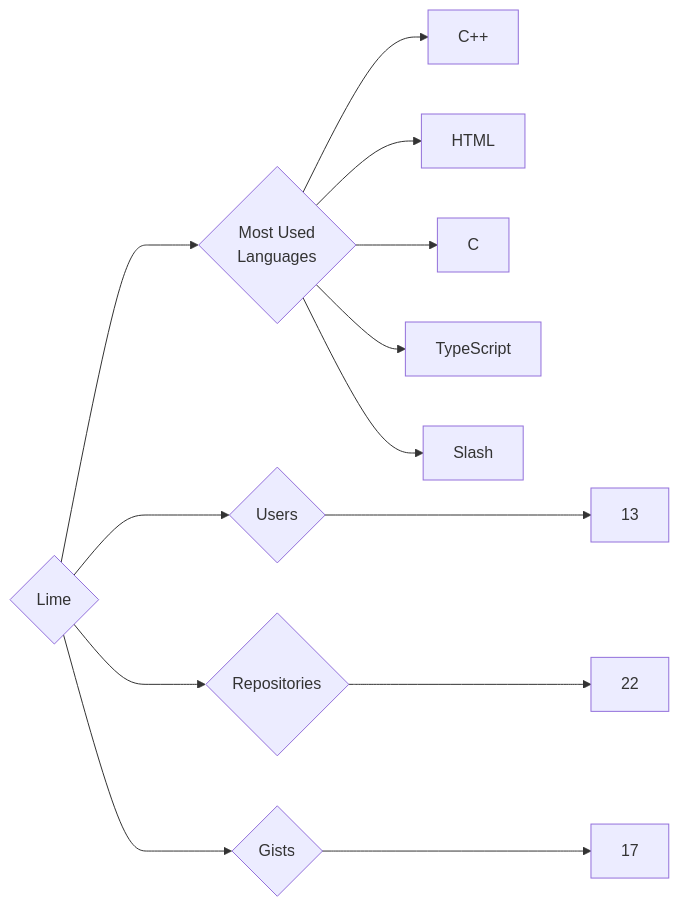
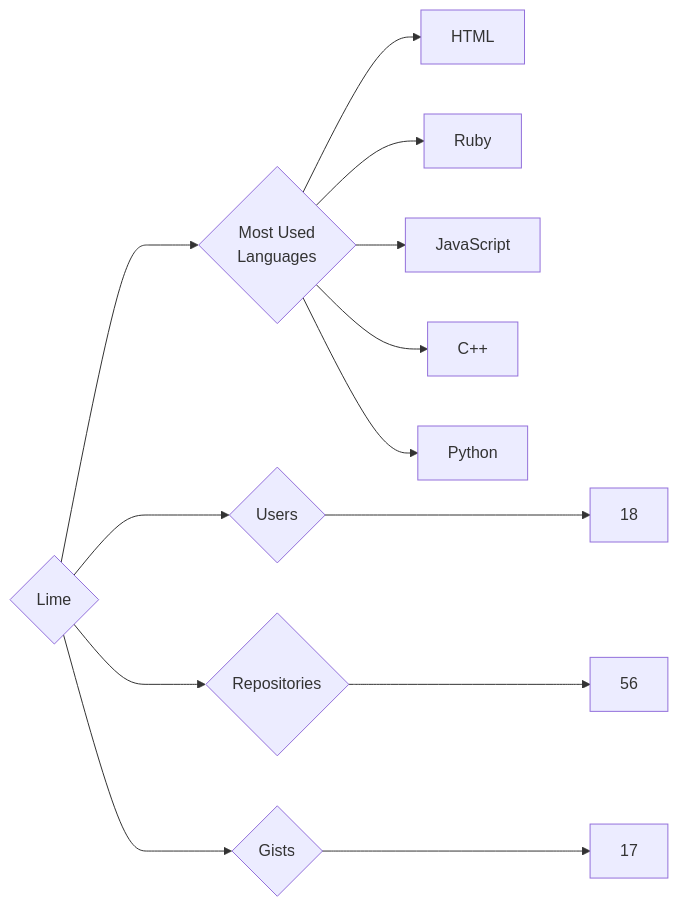
The diagram in targets/Lime/README.md (trickest/insiders), drawn with Mermaid before and after one commit. The commit also changed 930 other files, not shown here.

````diff
--- a/targets/Lime/README.md
+++ b/targets/Lime/README.md
@@ -3,13 +3,13 @@
 ```mermaid
 graph LR
 COMPANY_NAME{Lime}
-COMPANY_NAME ---> U{Users} ---> UN[13]
-COMPANY_NAME ---> R{Repositories} ---> RN[22]
+COMPANY_NAME ---> U{Users} ---> UN[18]
+COMPANY_NAME ---> R{Repositories} ---> RN[56]
 COMPANY_NAME ---> G{Gists} ---> GN[17]
 COMPANY_NAME ---> ML{Most Used<br>Languages}
+ML --> HTML[HTML]
+ML --> Ruby[Ruby]
+ML --> JavaScript[JavaScript]
 ML --> C++[C++]
-ML --> HTML[HTML]
-ML --> C[C]
-ML --> TypeScript[TypeScript]
-ML --> Slash[Slash]
+ML --> Python[Python]
 ```
````
